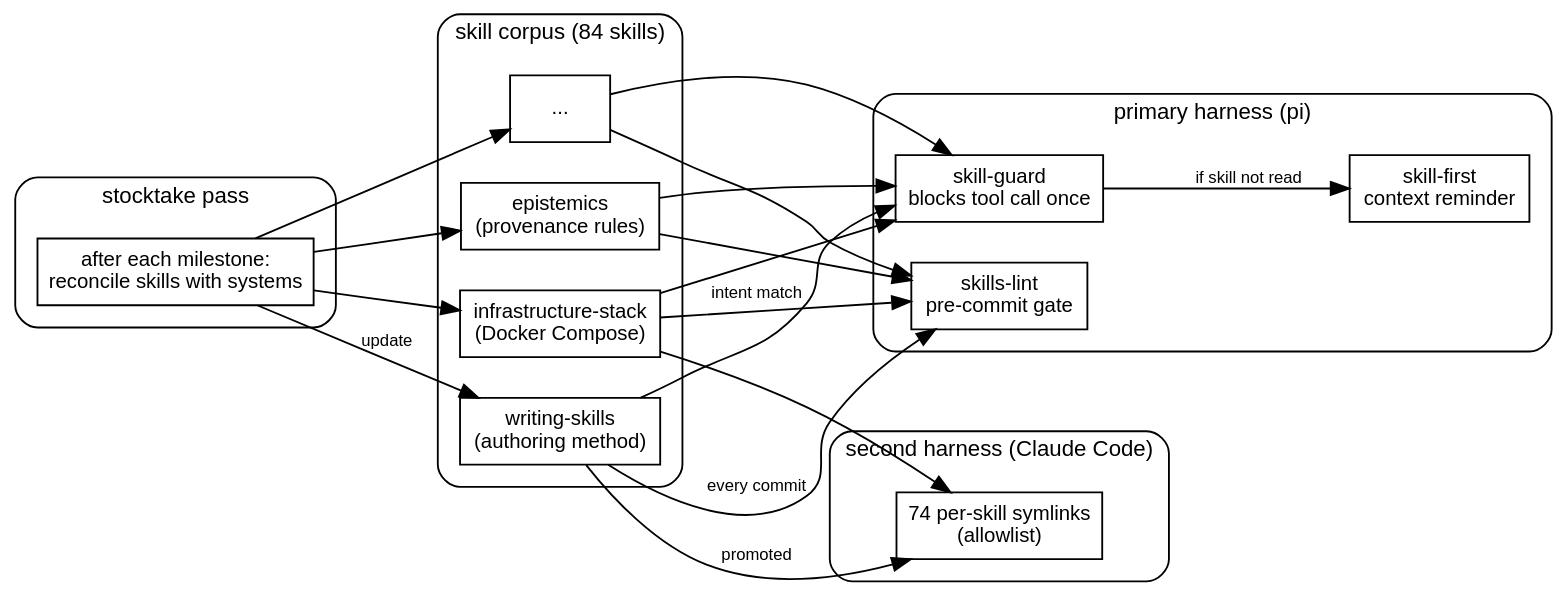
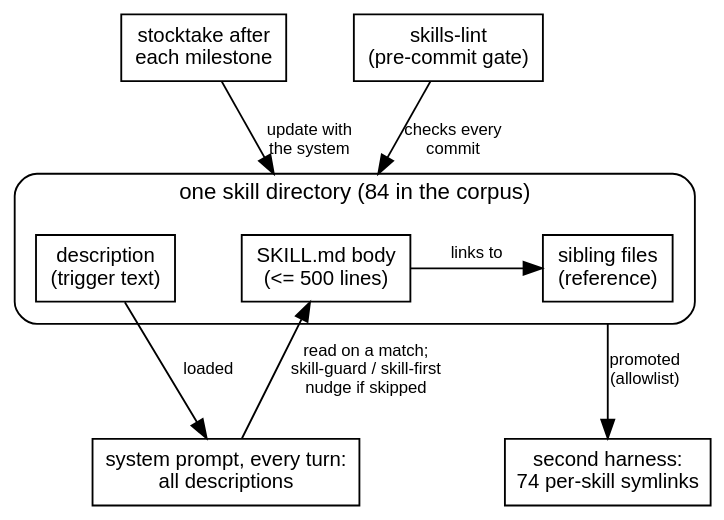
The first of 2 diagrams in src/content/docs/reference/agent-skills-system.mdx (erfianugrah/lexicanum), drawn with Graphviz before and after one commit. The commit also changed other lines of this file and 4 other files, not shown here.

First line of the commit message:
docs: redraw five diagrams on the agent/LLM pages after a live check

````diff
--- a/src/content/docs/reference/agent-skills-system.mdx
+++ b/src/content/docs/reference/agent-skills-system.mdx
@@ -27,49 +27,27 @@
 ```dot
 digraph {
-  rankdir=LR; bgcolor="transparent"; nodesep=0.3; ranksep=0.7;
+  rankdir=TB; bgcolor="transparent"; compound=true; nodesep=0.5; ranksep=0.6;
   fontname="Helvetica,Arial,sans-serif";
   node [fontname="Helvetica,Arial,sans-serif", fontsize=11, shape=box];
   edge [fontname="Helvetica,Arial,sans-serif", fontsize=9];
 
-  subgraph cluster_skills {
-    label="skill corpus (84 skills)"; style=rounded; fontsize=12; margin=12;
-    s1 [label="writing-skills\n(authoring method)"];
-    s2 [label="infrastructure-stack\n(Docker Compose)"];
-    s3 [label="epistemics\n(provenance rules)"];
-    s4 [label="..."];
+  st [label="stocktake after\neach milestone"];
+  lint [label="skills-lint\n(pre-commit gate)"];
+  subgraph cluster_skill {
+    label="one skill directory (84 in the corpus)"; style=rounded; fontsize=12; margin=12;
+    desc [label="description\n(trigger text)"];
+    body [label="SKILL.md body\n(<= 500 lines)"];
+    sib [label="sibling files\n(reference)"];
+    { rank=same; desc; body; sib; }
+    body -> sib [label="links to"];
   }
+  prompt [label="system prompt, every turn:\nall descriptions"];
+  second [label="second harness:\n74 per-skill symlinks"];
 
-  subgraph cluster_harness {
-    label="primary harness (pi)"; style=rounded; fontsize=12; margin=12;
-    guard [label="skill-guard\nblocks tool call once"];
-    first [label="skill-first\ncontext reminder"];
-    lint [label="skills-lint\npre-commit gate"];
-  }
-
-  subgraph cluster_second {
-    label="second harness (Claude Code)"; style=rounded; fontsize=12; margin=12;
-    symlinks [label="74 per-skill symlinks\n(allowlist)"];
-  }
-
-  subgraph cluster_stocktake {
-    label="stocktake pass"; style=rounded; fontsize=12; margin=12;
-    st [label="after each milestone:\nreconcile skills with systems"];
-  }
-
-  s1 -> guard [label="intent match"];
-  s2 -> guard;
-  s3 -> guard;
-  s4 -> guard;
-  guard -> first [label="if skill not read"];
-  s1 -> lint [label="every commit"];
-  s2 -> lint;
-  s3 -> lint;
-  s4 -> lint;
-  s1 -> symlinks [label="promoted"];
-  s2 -> symlinks;
-  st -> s1 [label="update"];
-  st -> s2;
-  st -> s3;
-  st -> s4;
+  st -> body [lhead=cluster_skill, label="update with\nthe system"];
+  lint -> body [lhead=cluster_skill, label="checks every\ncommit"];
+  desc -> prompt [label="loaded"];
+  body -> prompt [dir=back, label="read on a match;\nskill-guard / skill-first\nnudge if skipped"];
+  sib -> second [ltail=cluster_skill, label="promoted\n(allowlist)"];
 }
 ```
````
